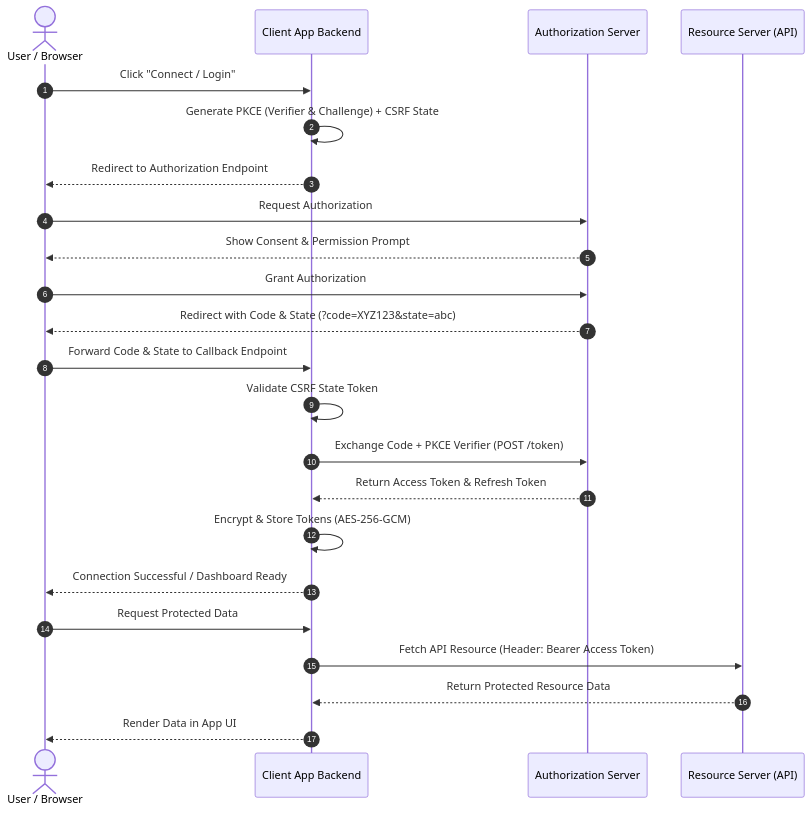
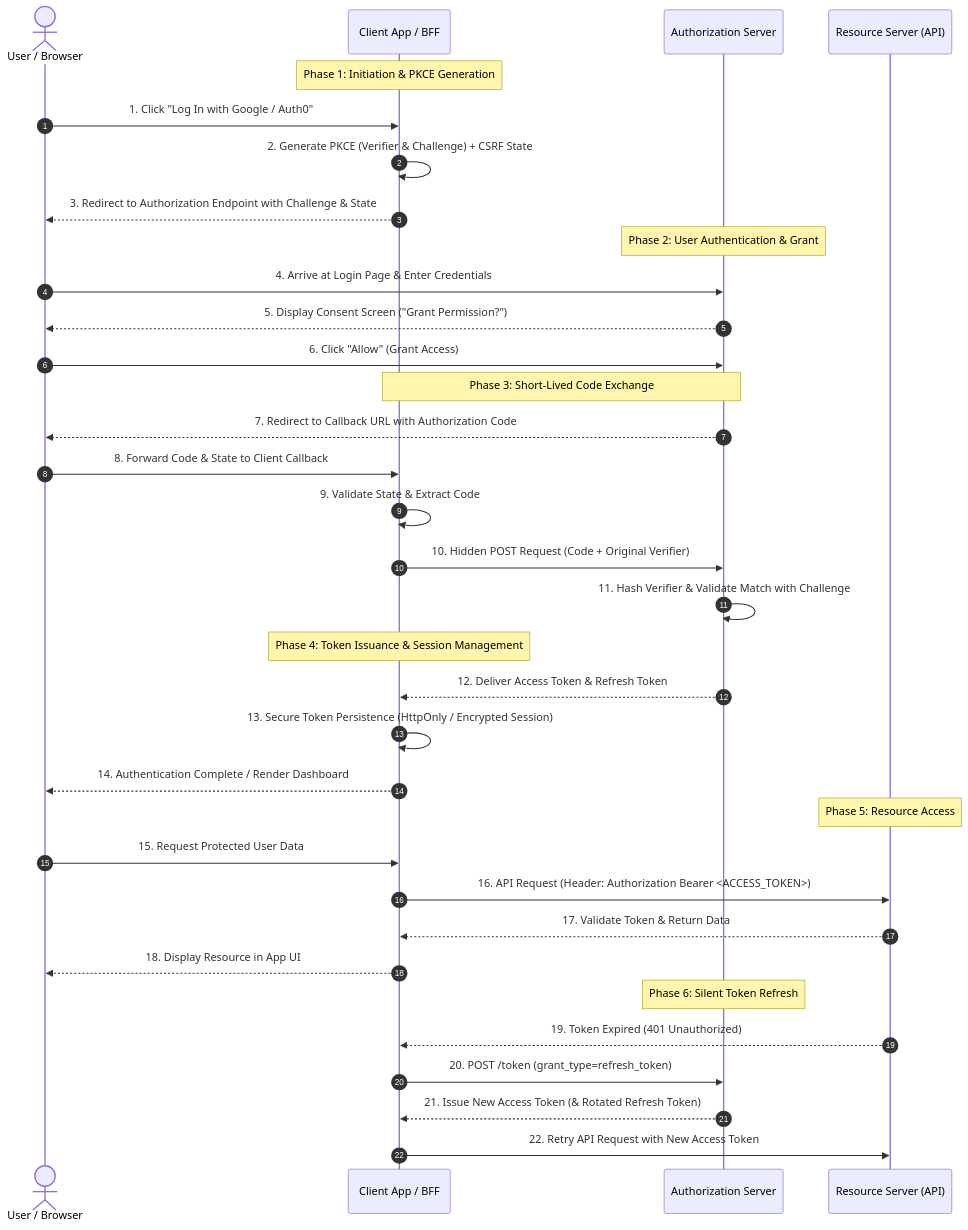
The diagram in _posts/2026-08-15-oauth2-implementation-guide.md (ChadaSaiteja/blog), drawn with Mermaid before and after one commit. The commit also changed other lines of this file, not shown here.

````diff
--- a/_posts/2026-08-15-oauth2-implementation-guide.md
+++ b/_posts/2026-08-15-oauth2-implementation-guide.md
@@ -43,26 +63,42 @@
 ```mermaid
 sequenceDiagram
     autonumber
     actor User as User / Browser
-    participant Client as Client App Backend
+    participant Client as Client App / BFF
     participant Auth as Authorization Server
     participant API as Resource Server (API)
 
-    User->>Client: Click "Connect / Login"
-    Client->>Client: Generate PKCE (Verifier & Challenge) + CSRF State
-    Client-->>User: Redirect to Authorization Endpoint
-    User->>Auth: Request Authorization
-    Auth-->>User: Show Consent & Permission Prompt
-    User->>Auth: Grant Authorization
-    Auth-->>User: Redirect with Code & State (?code=XYZ123&state=abc)
-    User->>Client: Forward Code & State to Callback Endpoint
-    Client->>Client: Validate CSRF State Token
-    Client->>Auth: Exchange Code + PKCE Verifier (POST /token)
-    Auth-->>Client: Return Access Token & Refresh Token
-    Client->>Client: Encrypt & Store Tokens (AES-256-GCM)
-    Client-->>User: Connection Successful / Dashboard Ready
-    User->>Client: Request Protected Data
-    Client->>API: Fetch API Resource (Header: Bearer Access Token)
-    API-->>Client: Return Protected Resource Data
-    Client-->>User: Render Data in App UI
+    Note over Client: Phase 1: Initiation & PKCE Generation
+    User->>Client: 1. Click "Log In with Google / Auth0"
+    Client->>Client: 2. Generate PKCE (Verifier & Challenge) + CSRF State
+    Client-->>User: 3. Redirect to Authorization Endpoint with Challenge & State
+    
+    Note over Auth: Phase 2: User Authentication & Grant
+    User->>Auth: 4. Arrive at Login Page & Enter Credentials
+    Auth-->>User: 5. Display Consent Screen ("Grant Permission?")
+    User->>Auth: 6. Click "Allow" (Grant Access)
+
+    Note over Client,Auth: Phase 3: Short-Lived Code Exchange
+    Auth-->>User: 7. Redirect to Callback URL with Authorization Code
+    User->>Client: 8. Forward Code & State to Client Callback
+    Client->>Client: 9. Validate State & Extract Code
+    Client->>Auth: 10. Hidden POST Request (Code + Original Verifier)
+    Auth->>Auth: 11. Hash Verifier & Validate Match with Challenge
+
+    Note over Client: Phase 4: Token Issuance & Session Management
+    Auth-->>Client: 12. Deliver Access Token & Refresh Token
+    Client->>Client: 13. Secure Token Persistence (HttpOnly / Encrypted Session)
+    Client-->>User: 14. Authentication Complete / Render Dashboard
+
+    Note over API: Phase 5: Resource Access
+    User->>Client: 15. Request Protected User Data
+    Client->>API: 16. API Request (Header: Authorization Bearer <ACCESS_TOKEN>)
+    API-->>Client: 17. Validate Token & Return Data
+    Client-->>User: 18. Display Resource in App UI
+
+    Note over Auth: Phase 6: Silent Token Refresh
+    API-->>Client: 19. Token Expired (401 Unauthorized)
+    Client->>Auth: 20. POST /token (grant_type=refresh_token)
+    Auth-->>Client: 21. Issue New Access Token (& Rotated Refresh Token)
+    Client->>API: 22. Retry API Request with New Access Token
 ```
````
